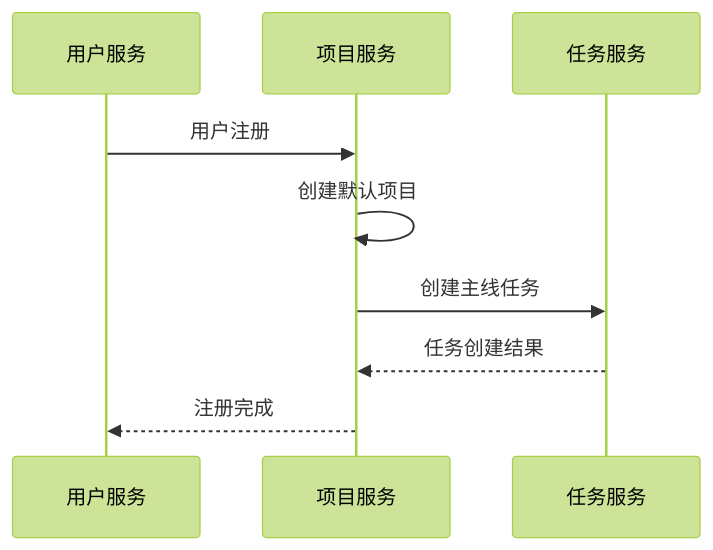
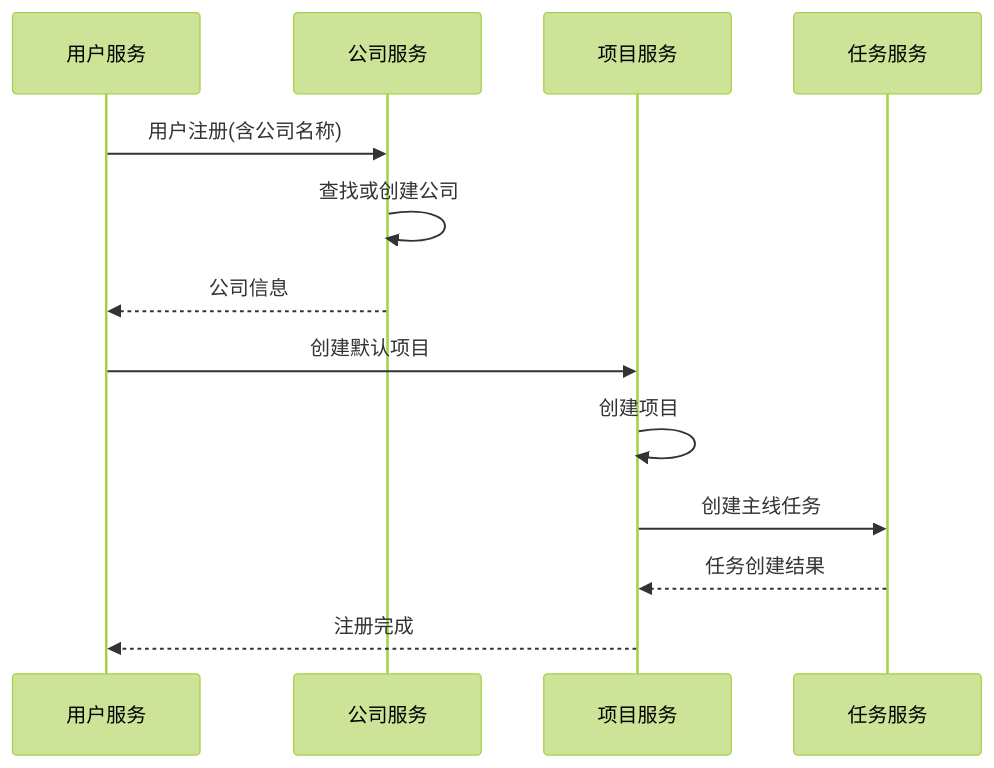
One commit to Cokefish9527/open-webui changed diagram 12 of 13 in docs/96-基于任务的对话管理系统优化方案.md. Above: the diagram before and after it, drawn with Mermaid (forest theme). The commit also changed other lines of this file, not shown here.

````diff
--- a/docs/96-基于任务的对话管理系统优化方案.md
+++ b/docs/96-基于任务的对话管理系统优化方案.md
@@ -396,12 +593,16 @@
 ```mermaid
 sequenceDiagram
     participant U as 用户服务
+    participant C as 公司服务
     participant P as 项目服务
     participant T as 任务服务
 
-    U->>P: 用户注册
-    P->>P: 创建默认项目
+    U->>C: 用户注册(含公司名称)
+    C->>C: 查找或创建公司
+    C-->>U: 公司信息
+    U->>P: 创建默认项目
+    P->>P: 创建项目
     P->>T: 创建主线任务
     T-->>P: 任务创建结果
     P-->>U: 注册完成
 ```
````
